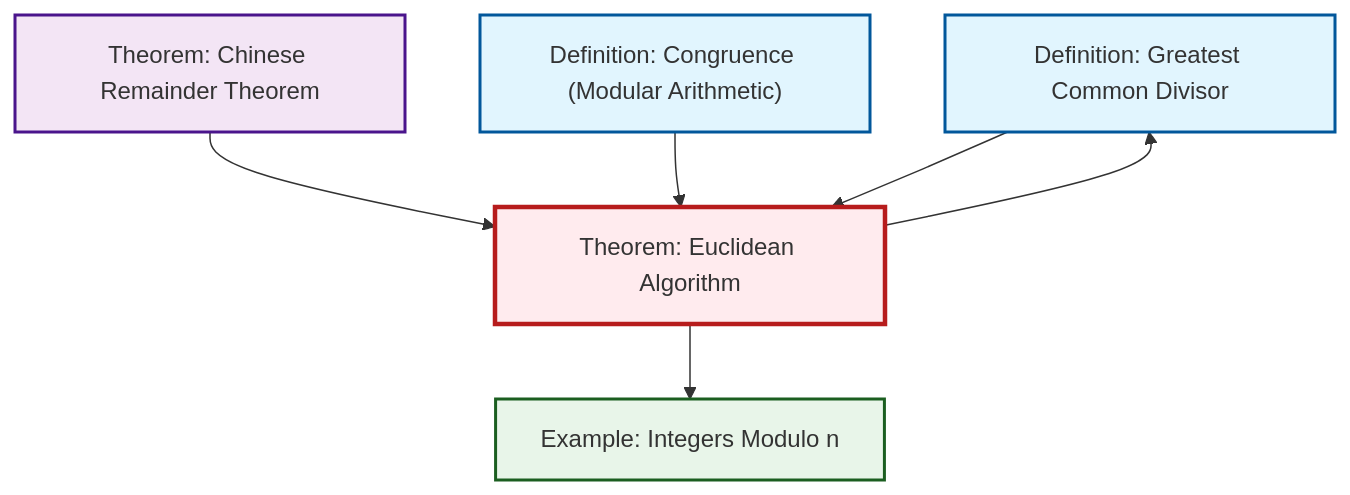
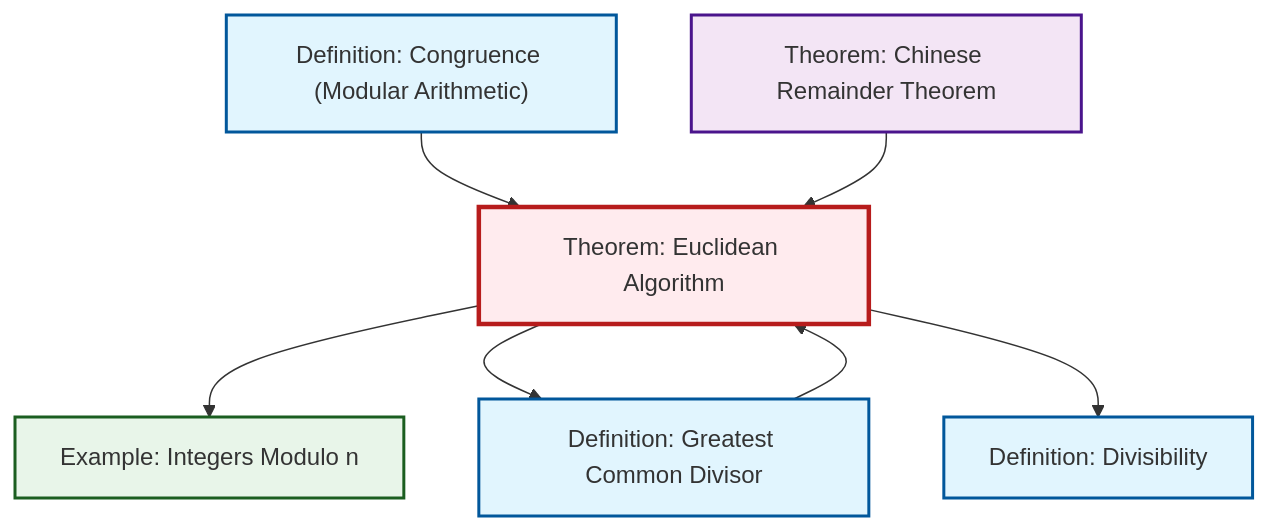
One commit to RK0429/ModernMath changed the second of 2 diagrams in content/ja/number-theory/thm-euclidean-algorithm.qmd. Above: the diagram before and after it, drawn with Mermaid. The commit also changed 531 other files, not shown here.

````diff
--- a/content/ja/number-theory/thm-euclidean-algorithm.qmd
+++ b/content/ja/number-theory/thm-euclidean-algorithm.qmd
@@ -96,24 +96,27 @@
 ```{mermaid}
 %%| fig-cap: "Local dependency graph"
 graph TD
     classDef definition fill:#e1f5fe,stroke:#01579b,stroke-width:2px
     classDef theorem fill:#f3e5f5,stroke:#4a148c,stroke-width:2px
     classDef axiom fill:#fff3e0,stroke:#e65100,stroke-width:2px
     classDef example fill:#e8f5e9,stroke:#1b5e20,stroke-width:2px
     classDef current fill:#ffebee,stroke:#b71c1c,stroke-width:3px
+    thm-chinese-remainder["Theorem: Chinese Remainder Theorem"]:::theorem
+    def-divisibility["Definition: Divisibility"]:::definition
+    def-congruence["Definition: Congruence (Modular Arithmetic)"]:::definition
     def-gcd["Definition: Greatest Common Divisor"]:::definition
     ex-quotient-integers-mod-n["Example: Integers Modulo n"]:::example
-    thm-chinese-remainder["Theorem: Chinese Remainder Theorem"]:::theorem
-    def-congruence["Definition: Congruence (Modular Arithmetic)"]:::definition
     thm-euclidean-algorithm["Theorem: Euclidean Algorithm"]:::theorem
-    thm-euclidean-algorithm --> def-gcd
-    thm-chinese-remainder --> thm-euclidean-algorithm
-    def-congruence --> thm-euclidean-algorithm
     def-gcd --> thm-euclidean-algorithm
     thm-euclidean-algorithm --> ex-quotient-integers-mod-n
+    thm-euclidean-algorithm --> def-gcd
+    def-congruence --> thm-euclidean-algorithm
+    thm-chinese-remainder --> thm-euclidean-algorithm
+    thm-euclidean-algorithm --> def-divisibility
     class thm-euclidean-algorithm current
+    click thm-chinese-remainder "thm-chinese-remainder.html" "Theorem: Chinese Remainder Theoremへ"
+    click def-divisibility "def-divisibility.html" "Definition: Divisibilityへ"
+    click def-congruence "def-congruence.html" "Definition: Congruence (Modular Arithmetic)へ"
     click def-gcd "def-gcd.html" "Definition: Greatest Common Divisorへ"
     click ex-quotient-integers-mod-n "ex-quotient-integers-mod-n.html" "Example: Integers Modulo nへ"
-    click thm-chinese-remainder "thm-chinese-remainder.html" "Theorem: Chinese Remainder Theoremへ"
-    click def-congruence "def-congruence.html" "Definition: Congruence (Modular Arithmetic)へ"
 ```
````
